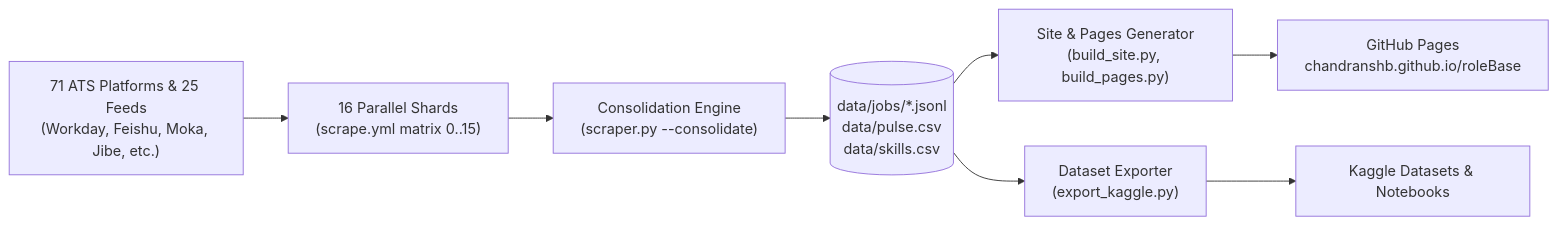
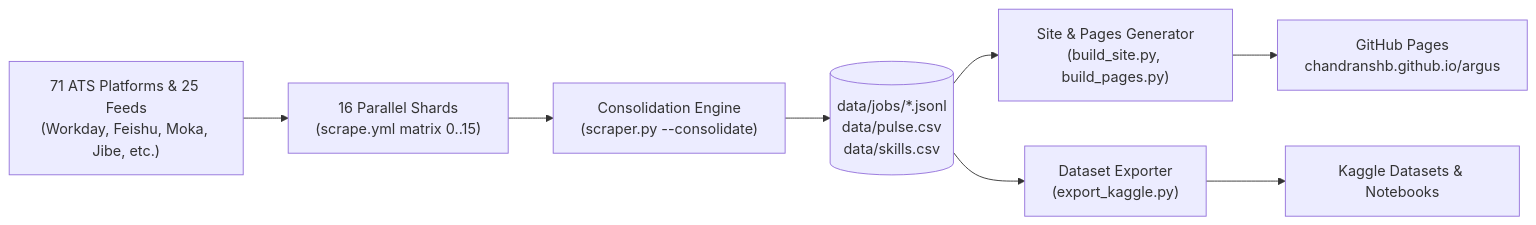
The diagram in README.md (chandranshB/roleBase), drawn with Mermaid before and after one commit. The commit also changed other lines of this file and 40 other files, not shown here.

Commit message:
rebrand: rename project and core engine from RoleBase to Argus

````diff
--- a/README.md
+++ b/README.md
@@ -108,10 +108,10 @@
 ```mermaid
 flowchart LR
     A["71 ATS Platforms & 25 Feeds<br/>(Workday, Feishu, Moka, Jibe, etc.)"] --> B["16 Parallel Shards<br/>(scrape.yml matrix 0..15)"]
     B --> C["Consolidation Engine<br/>(scraper.py --consolidate)"]
     C --> D[("data/jobs/*.jsonl<br/>data/pulse.csv<br/>data/skills.csv")]
     D --> E["Site & Pages Generator<br/>(build_site.py, build_pages.py)"]
     D --> F["Dataset Exporter<br/>(export_kaggle.py)"]
-    E --> G["GitHub Pages<br/>chandranshb.github.io/roleBase"]
+    E --> G["GitHub Pages<br/>chandranshb.github.io/argus"]
     F --> H["Kaggle Datasets & Notebooks"]
 ```
````
